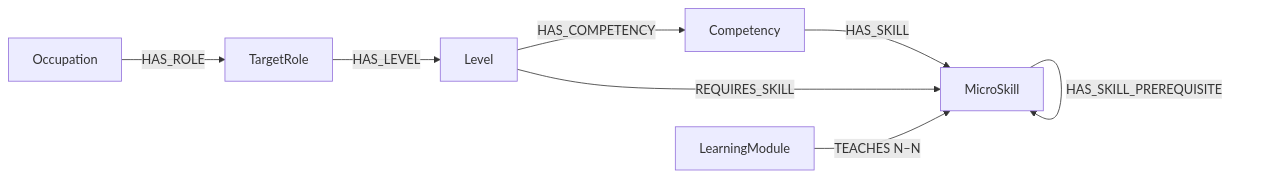
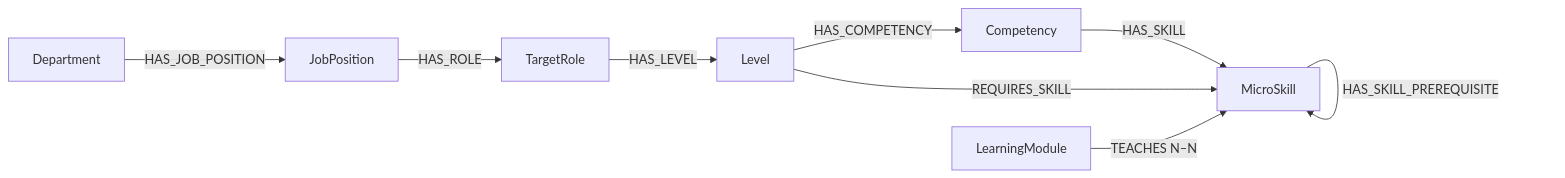
Before and after one commit to SEP490-Fall-2026-GFA26SE64/SEP490: the diagram in documents/neo4j_schema.md, drawn with Mermaid. The commit also changed other lines of this file and 760 other files, not shown here.

Commit message:
feat: implement department & job position governance, user assignment, and ontology graph styling

````diff
--- a/documents/neo4j_schema.md
+++ b/documents/neo4j_schema.md
@@ -31,19 +31,21 @@
 ```mermaid
 
 flowchart LR
 
- O[Occupation] -->|HAS_ROLE| R[TargetRole]
+ D[Department] -->|HAS_JOB_POSITION| JP[JobPosition]
+
+ JP[JobPosition] -->|HAS_ROLE| R[TargetRole]
 
  R -->|HAS_LEVEL| L[Level]
 
  L -->|HAS_COMPETENCY| C[Competency]
 
  C -->|HAS_SKILL| S[MicroSkill]
 
  L -->|REQUIRES_SKILL| S
 
  M[LearningModule] -->|TEACHES N–N| S
 
  S -->|HAS_SKILL_PREREQUISITE| S
 
 ```
````
